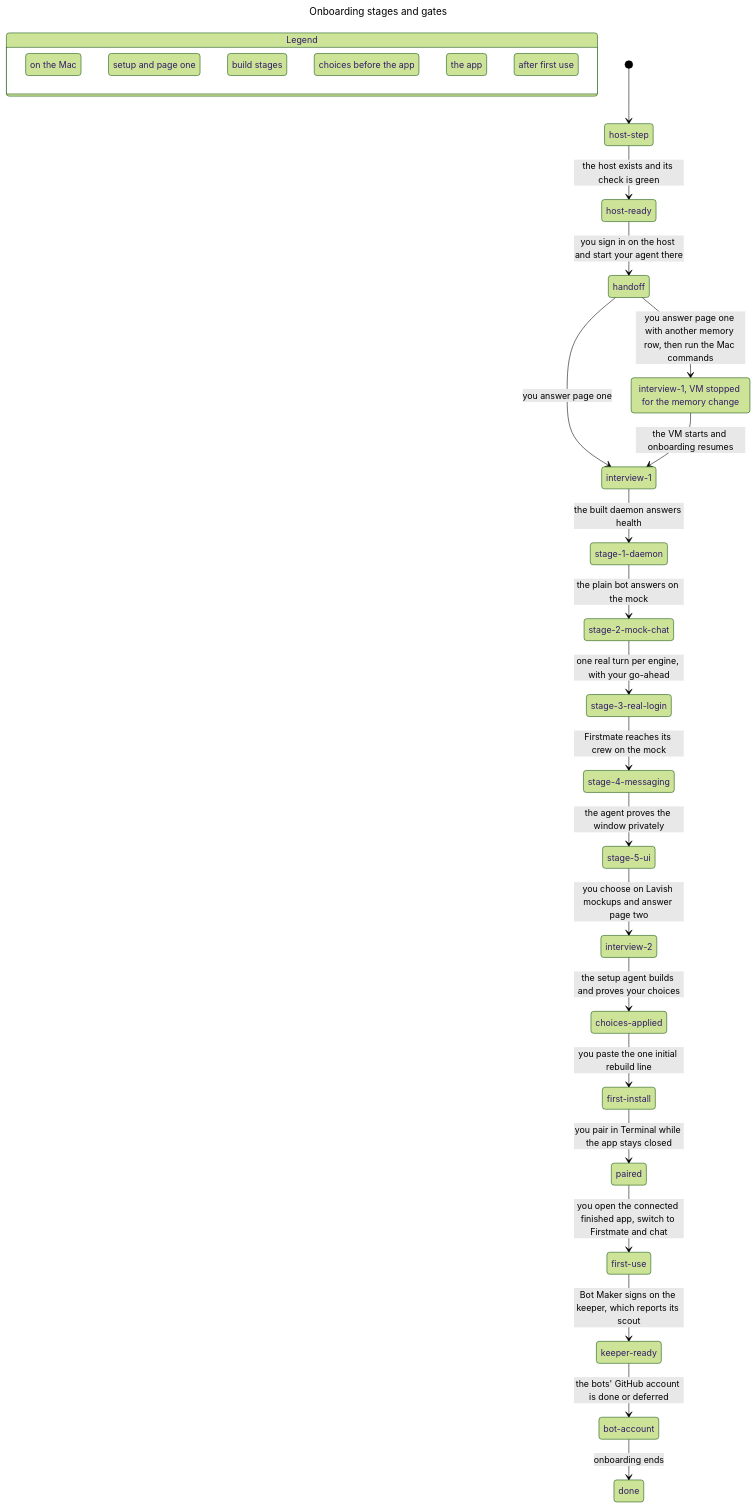
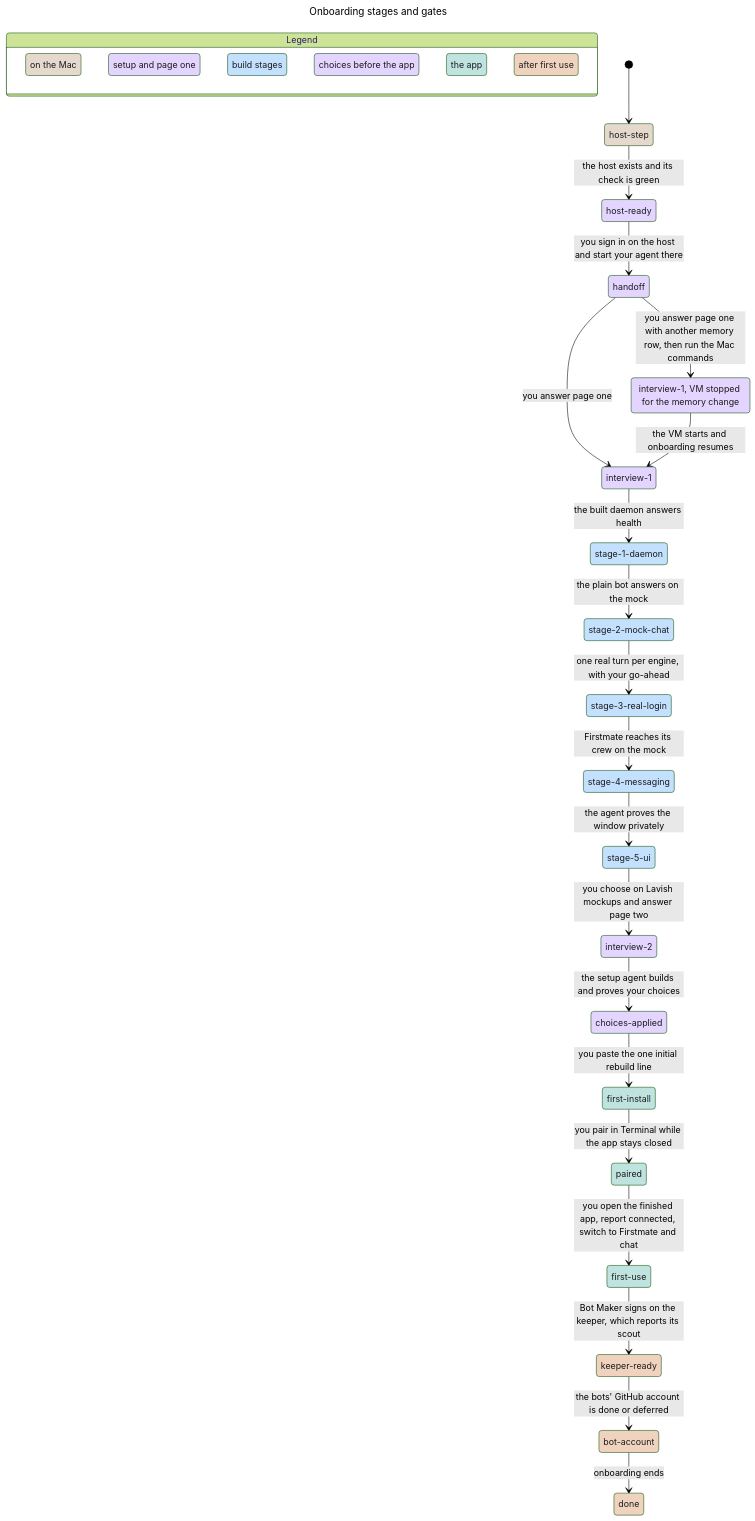
The diagram in spec/onboarding.md (Build-Pilled/BYOH), drawn with Mermaid (forest theme) before and after one commit. The commit also changed other lines of this file and 3 other files, not shown here.

````diff
--- a/spec/onboarding.md
+++ b/spec/onboarding.md
@@ -307,75 +315,80 @@
 ```mermaid
 ---
 title: "Onboarding stages and gates"
 ---
 stateDiagram-v2
   state "Legend" as legend {
     lg0: on the Mac
     lg1: setup and page one
     lg2: build stages
     lg3: choices before the app
     lg4: the app
     lg5: after first use
   }
   class lg0 tan
   class lg1 purple
   class lg2 blue
   class lg3 purple
   class lg4 teal
   class lg5 orange
   s0: host-step
   s1: host-ready
   s2: handoff
   s3: interview-1, VM stopped for the memory change
   s4: interview-1
   s5: stage-1-daemon
   s6: stage-2-mock-chat
   s7: stage-3-real-login
   s8: stage-4-messaging
   s9: stage-5-ui
   s10: interview-2
   s11: choices-applied
   s12: first-install
   s13: paired
   s14: first-use
   s15: keeper-ready
   s16: bot-account
   s17: done
   [*] --> s0
   s0 --> s1: the host exists and its check is green
   s1 --> s2: you sign in on the host and start your agent there
   s2 --> s3: you answer page one with another memory row, then run the Mac commands
   s2 --> s4: you answer page one
   s3 --> s4: the VM starts and onboarding resumes
   s4 --> s5: the built daemon answers health
   s5 --> s6: the plain bot answers on the mock
   s6 --> s7: one real turn per engine, with your go-ahead
   s7 --> s8: Firstmate reaches its crew on the mock
   s8 --> s9: the agent proves the window privately
   s9 --> s10: you choose on Lavish mockups and answer page two
   s10 --> s11: the setup agent builds and proves your choices
   s11 --> s12: you paste the one initial rebuild line
   s12 --> s13: you pair in Terminal while the app stays closed
-  s13 --> s14: you open the connected finished app, switch to Firstmate and chat
+  s13 --> s14: you open the finished app, report connected, switch to Firstmate and chat
   s14 --> s15: Bot Maker signs on the keeper, which reports its scout
   s15 --> s16: the bots' GitHub account is done or deferred
   s16 --> s17: onboarding ends
   class s0 tan
   class s1 purple
   class s2 purple
   class s3 purple
   class s4 purple
   class s5 blue
   class s6 blue
   class s7 blue
   class s8 blue
   class s9 blue
   class s10 purple
   class s11 purple
   class s12 teal
   class s13 teal
   class s14 teal
   class s15 orange
   class s16 orange
   class s17 orange
+  classDef blue fill:#c3e0ff,color:#1c1c1c
+  classDef orange fill:#f0d3bf,color:#1c1c1c
+  classDef purple fill:#e3d5ff,color:#1c1c1c
+  classDef tan fill:#e5d9ce,color:#1c1c1c
+  classDef teal fill:#bfe3df,color:#1c1c1c
 ```
````
